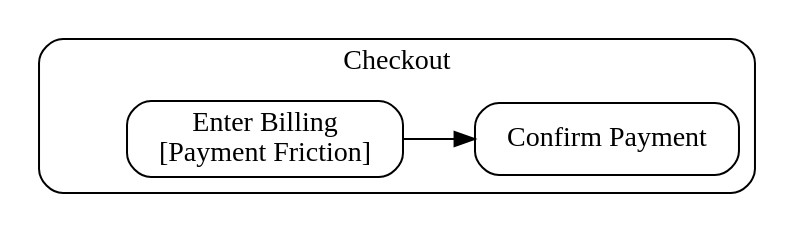
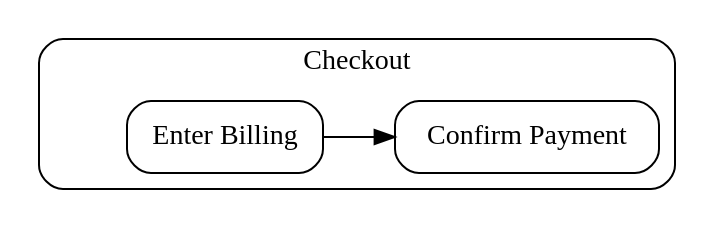
The diagram in examples/rendered/v0.1/journey_map_diagram_type/outcome_to_ia_trace_example/simple_profile/outcome_to_ia_trace.journey_map.dot (knutopia/Structured-Design-Documents), drawn with Graphviz before and after one commit. The commit also changed 42 other files, not shown here.

```diff
--- a/examples/rendered/v0.1/journey_map_diagram_type/outcome_to_ia_trace_example/simple_profile/outcome_to_ia_trace.journey_map.dot
+++ b/examples/rendered/v0.1/journey_map_diagram_type/outcome_to_ia_trace_example/simple_profile/outcome_to_ia_trace.journey_map.dot
@@ -1,15 +1,15 @@
 digraph journey_map {
   rankdir=LR;
   graph [fontname="Public Sans"];
   node [shape=box, style="rounded", fontname="Public Sans"];
   edge [fontname="Public Sans"];
   subgraph cluster_G_001 {
     label="Checkout";
     style="rounded";
     "G-001__anchor" [label="", shape=point, width=0, height=0, style=invis];
-    "J-001" [label="Enter Billing\n[Payment Friction]"];
+    "J-001" [label="Enter Billing"];
     "J-002" [label="Confirm Payment"];
   }
   "G-001__anchor" -> "J-001" [style=invis, weight=100];
   "J-001" -> "J-002";
 }
```
